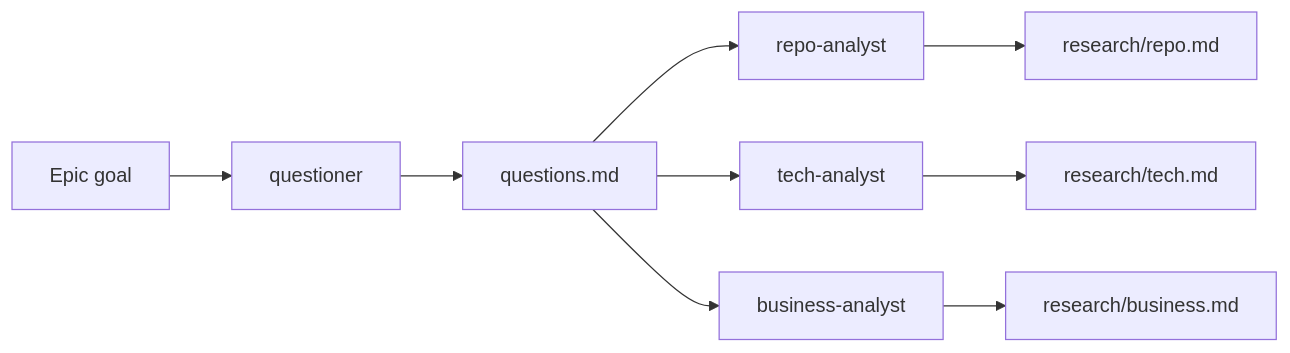
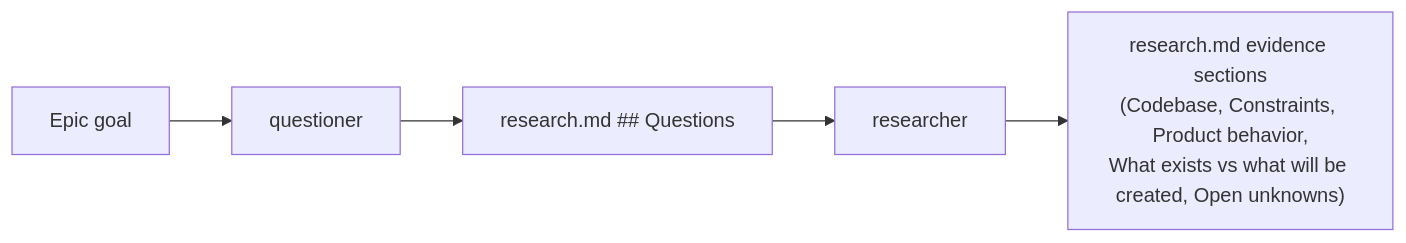
One commit to atelier-kit/atelier-kit changed the seventh of 17 diagrams in atelier-kit-manifesto.md. Above: the diagram before and after it, drawn with Mermaid. The commit also changed other lines of this file and 39 other files, not shown here.

````diff
--- a/atelier-kit-manifesto.md
+++ b/atelier-kit-manifesto.md
@@ -223,12 +219,7 @@
 ```mermaid
 flowchart LR
     Goal[Epic goal] --> Questioner[questioner]
-    Questioner --> Questions[questions.md]
-    Questions --> Repo[repo-analyst]
-    Questions --> Tech[tech-analyst]
-    Questions --> Business[business-analyst]
-
-    Repo --> RepoMD[research/repo.md]
-    Tech --> TechMD[research/tech.md]
-    Business --> BusinessMD[research/business.md]
+    Questioner --> Questions["research.md ## Questions"]
+    Questions --> Researcher[researcher]
+    Researcher --> Evidence["research.md evidence sections<br/>(Codebase, Constraints, Product behavior,<br/>What exists vs what will be created, Open unknowns)"]
 ```
````
